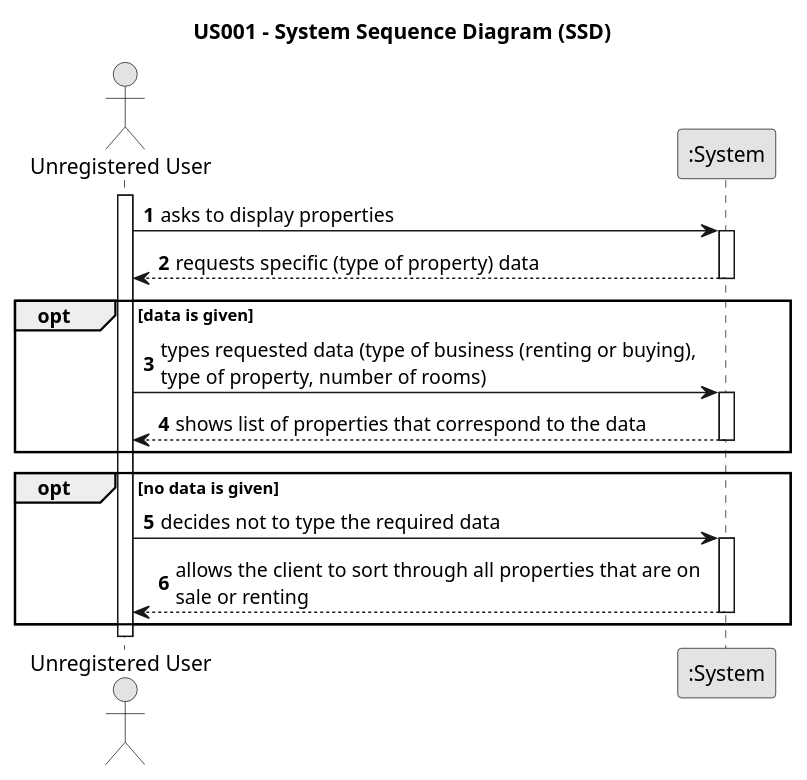
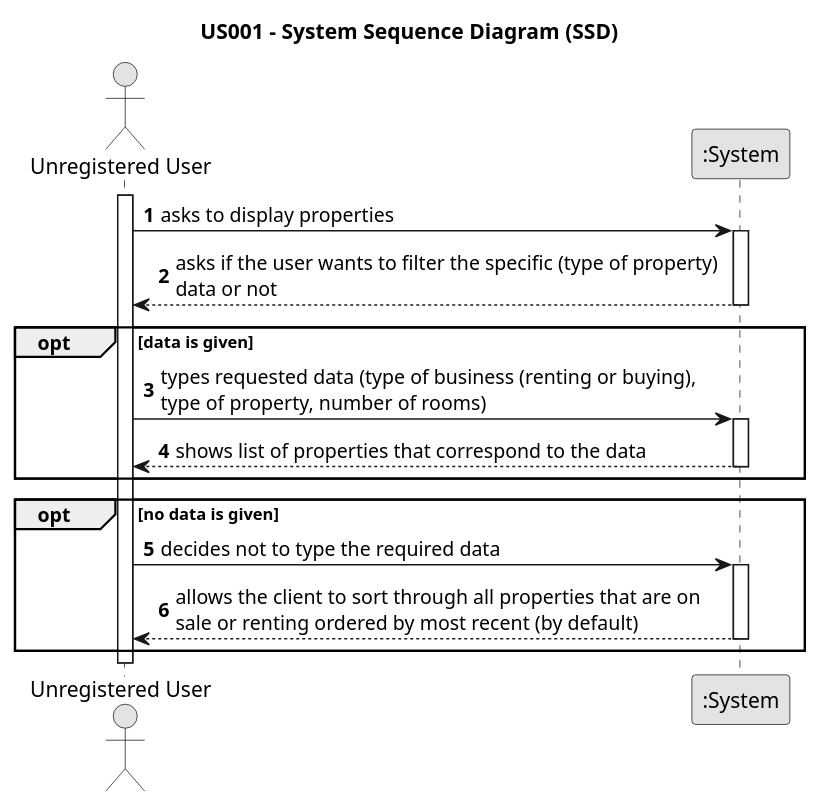
One commit to 1220812/LAPR2 changed the diagram in docs/sprintA/us001/01.requirements-engineering/puml/us001-system-sequence-diagram.puml. Above: the diagram before and after it, drawn with PlantUML.

Commit message:
slight changes on us001 ssd

```diff
--- a/docs/sprintA/us001/01.requirements-engineering/puml/us001-system-sequence-diagram.puml
+++ b/docs/sprintA/us001/01.requirements-engineering/puml/us001-system-sequence-diagram.puml
@@ -1,36 +1,37 @@
 @startuml
 skinparam monochrome true
 skinparam packageStyle rectangle
 skinparam shadowing false
 
 title US001 - System Sequence Diagram (SSD)
 
 autonumber
 
 actor "Unregistered User" as Customer
 participant ":System" as System
 
 activate Customer
 
     Customer -> System : asks to display properties
     activate System
 
-        System --> Customer : requests specific (type of property) data
+        System --> Customer : asks if the user wants to filter the specific (type of property) \ndata or not
     deactivate System
+
 opt data is given
     Customer -> System : types requested data (type of business (renting or buying), \ntype of property, number of rooms)
     activate System
 
         System --> Customer : shows list of properties that correspond to the data
     deactivate System
 end
 
 opt no data is given
     Customer -> System : decides not to type the required data
         activate System
 
-            System --> Customer : allows the client to sort through all properties that are on \nsale or renting
+            System --> Customer : allows the client to sort through all properties that are on \nsale or renting ordered by most recent (by default)
         deactivate System
 end
 
 @enduml
```
